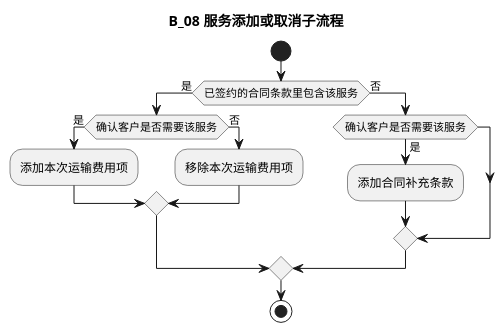
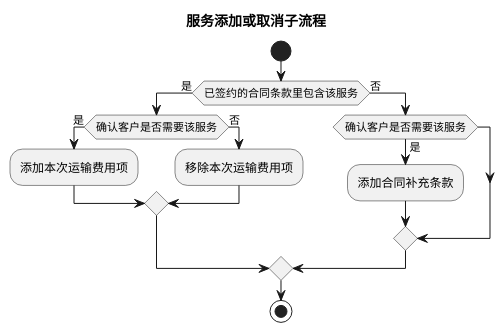
The second of 2 diagrams in product-caliber/goldjet/segmented-prd/mainflow/PRD.高捷物流系统一期.主流程.02.前置准备与服务开通流程.md (jack888332/projects-doc), drawn with PlantUML before and after one commit. The commit also changed other lines of this file and 59 other files, not shown here.

````diff
--- a/product-caliber/goldjet/segmented-prd/mainflow/PRD.高捷物流系统一期.主流程.02.前置准备与服务开通流程.md
+++ b/product-caliber/goldjet/segmented-prd/mainflow/PRD.高捷物流系统一期.主流程.02.前置准备与服务开通流程.md
@@ -69,18 +57,18 @@
 ```plantuml
 @startuml
-title B_08 服务添加或取消子流程
+title 服务添加或取消子流程
 start
 if (已签约的合同条款里包含该服务) then (是)
   if (确认客户是否需要该服务) then (是)
     :添加本次运输费用项;
   else (否)
     :移除本次运输费用项;
   endif
 else (否)
   if (确认客户是否需要该服务) then (是)
     :添加合同补充条款;
   endif
 endif
 stop
 @enduml
 ```
````
